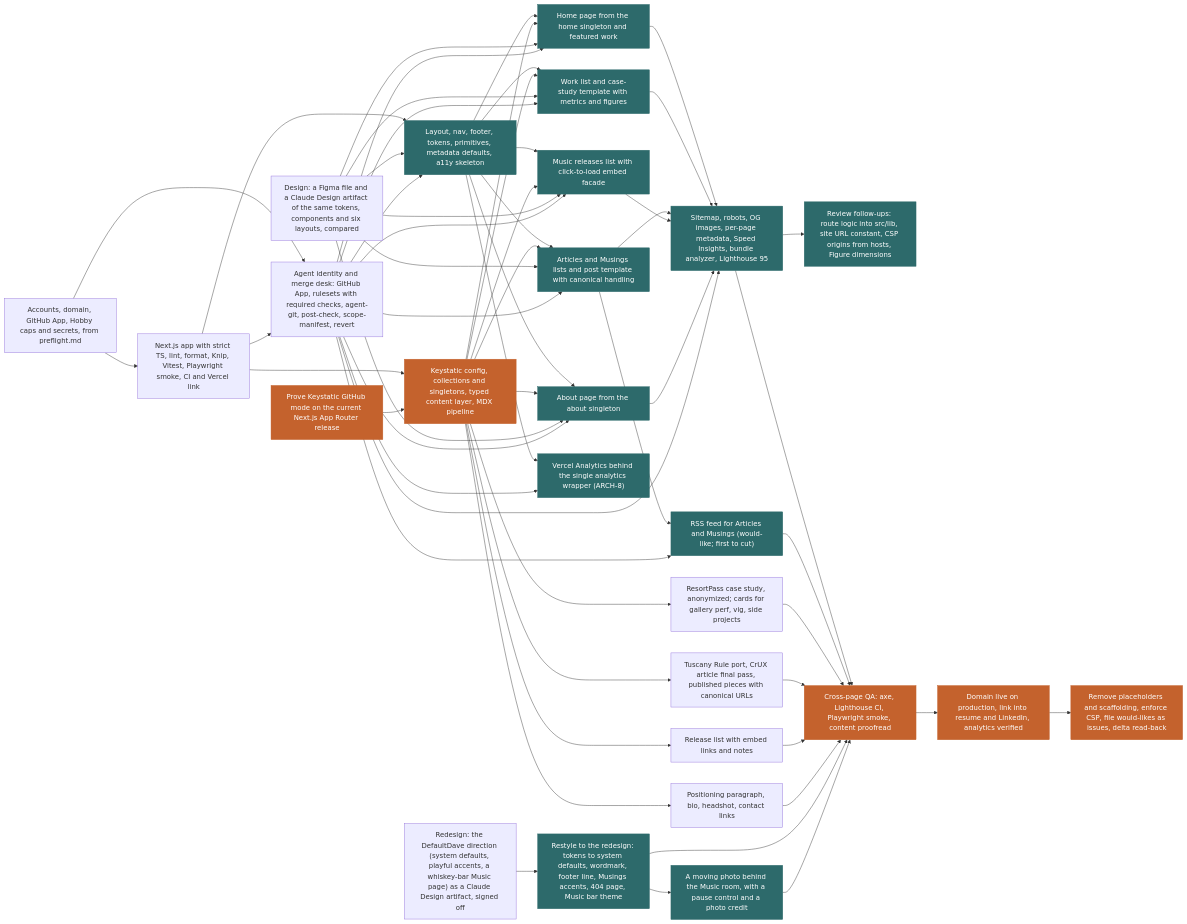
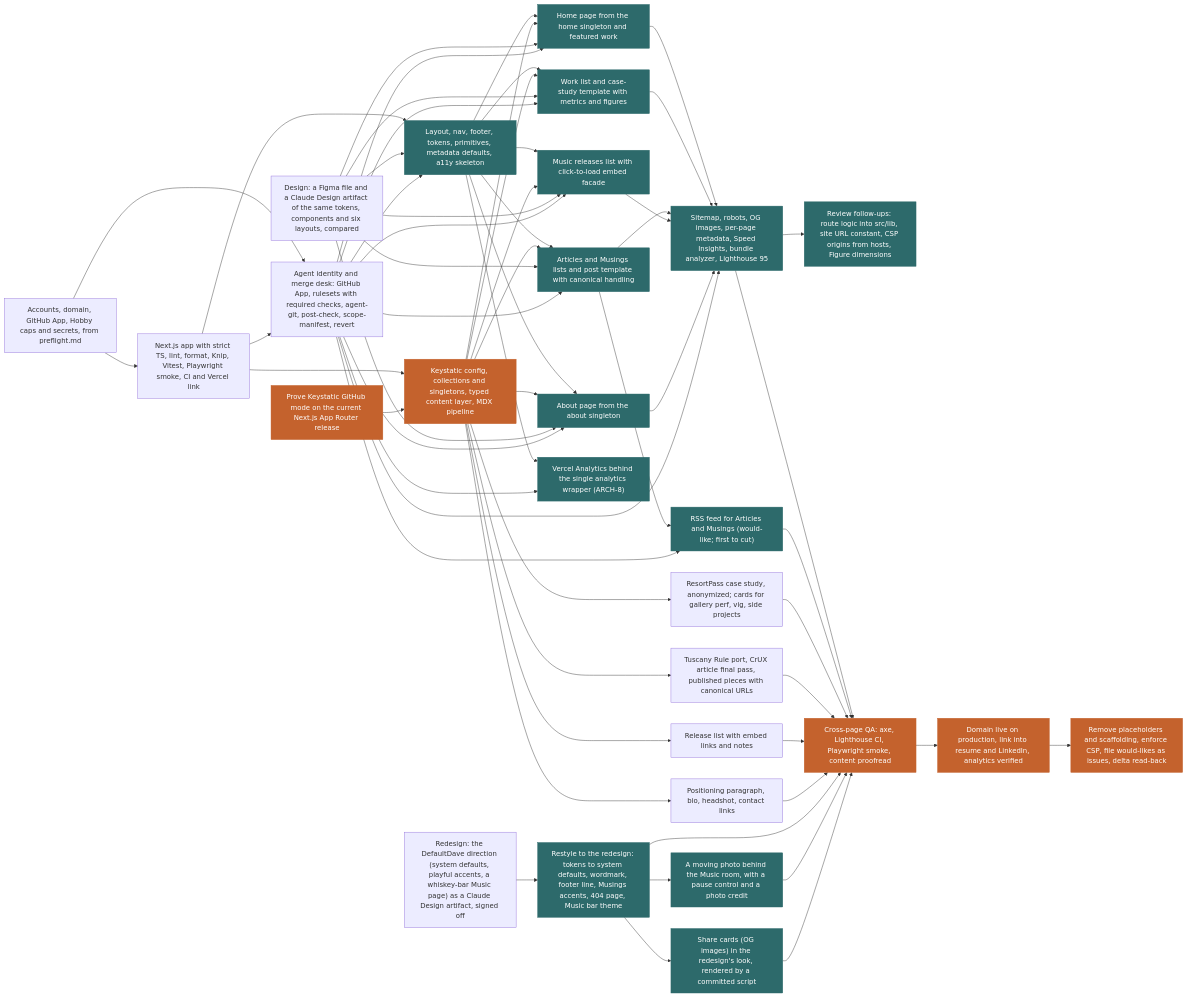
Before and after one commit to defaultdave/defaultdave: the diagram in docs/plan/plan-report.md, drawn with Mermaid. The commit also changed other lines of this file and 4 other files, not shown here.

Commit message:
PM bookkeeping: share-cards added (#106), direction A picked (#107)

````diff
--- a/docs/plan/plan-report.md
+++ b/docs/plan/plan-report.md
@@ -130,6 +132,7 @@
   u_redesign["Redesign: the DefaultDave direction (system defaults, playful accents, a whiskey-bar Music page) as a Claude Design artifact, signed off"]
   u_restyle["Restyle to the redesign: tokens to system defaults, wordmark, footer line, Musings accents, 404 page, Music bar theme"]
   u_music_motion["A moving photo behind the Music room, with a pause control and a photo credit"]
+  u_share_cards["Share cards (OG images) in the redesign's look, rendered by a committed script"]
   u_qa_pass["Cross-page QA: axe, Lighthouse CI, Playwright smoke, content proofread"]
   u_launch["Domain live on production, link into resume and LinkedIn, analytics verified"]
   u_tail["Remove placeholders and scaffolding, enforce CSP, file would-likes as issues, delta read-back"]
@@ -178,6 +181,7 @@
   u_merge_desk --> u_feed
   u_redesign --> u_restyle
   u_restyle --> u_music_motion
+  u_restyle --> u_share_cards
   u_seo_perf --> u_qa_pass
   u_feed --> u_qa_pass
   u_content_work --> u_qa_pass
@@ -186,10 +190,11 @@
   u_content_home_about --> u_qa_pass
   u_restyle --> u_qa_pass
   u_music_motion --> u_qa_pass
+  u_share_cards --> u_qa_pass
   u_qa_pass --> u_launch
   u_launch --> u_tail
   classDef critical fill:#c4622d,stroke:#c4622d,color:#ffffff
   classDef fanout fill:#2d6a6b,stroke:#2d6a6b,color:#ffffff
   class u_keystatic_spike,u_cms,u_page_work,u_page_writing,u_seo_perf,u_qa_pass,u_launch,u_tail critical
-  class u_shell,u_page_home,u_page_work,u_page_writing,u_page_music,u_page_about,u_analytics,u_cleanup,u_seo_perf,u_feed,u_restyle,u_music_motion fanout
+  class u_shell,u_page_home,u_page_work,u_page_writing,u_page_music,u_page_about,u_analytics,u_cleanup,u_seo_perf,u_feed,u_restyle,u_music_motion,u_share_cards fanout
 ```
````
